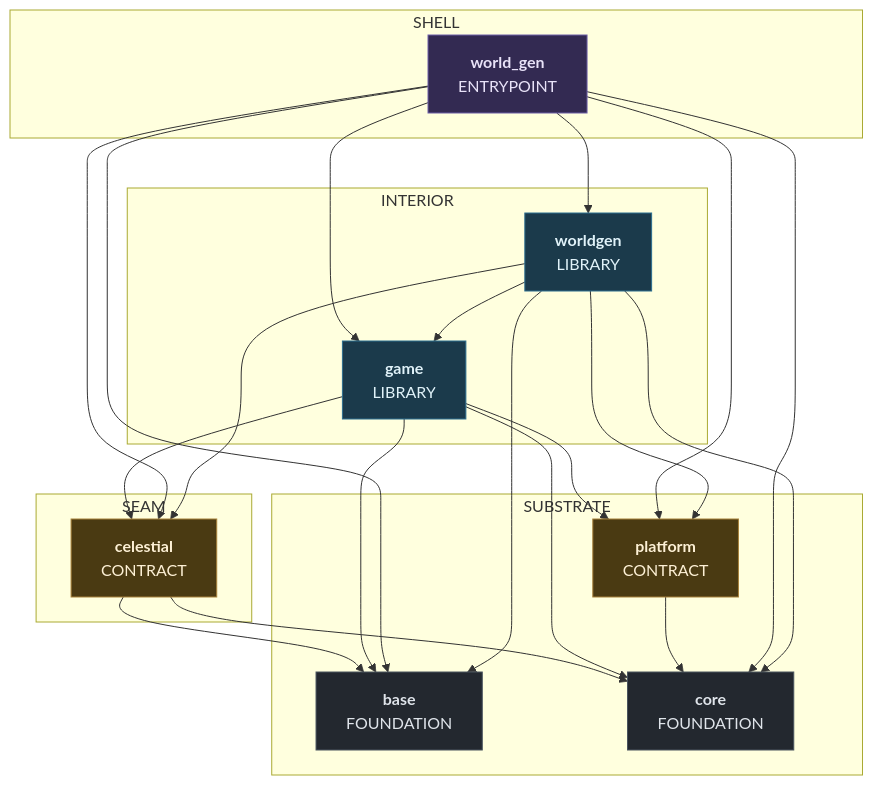
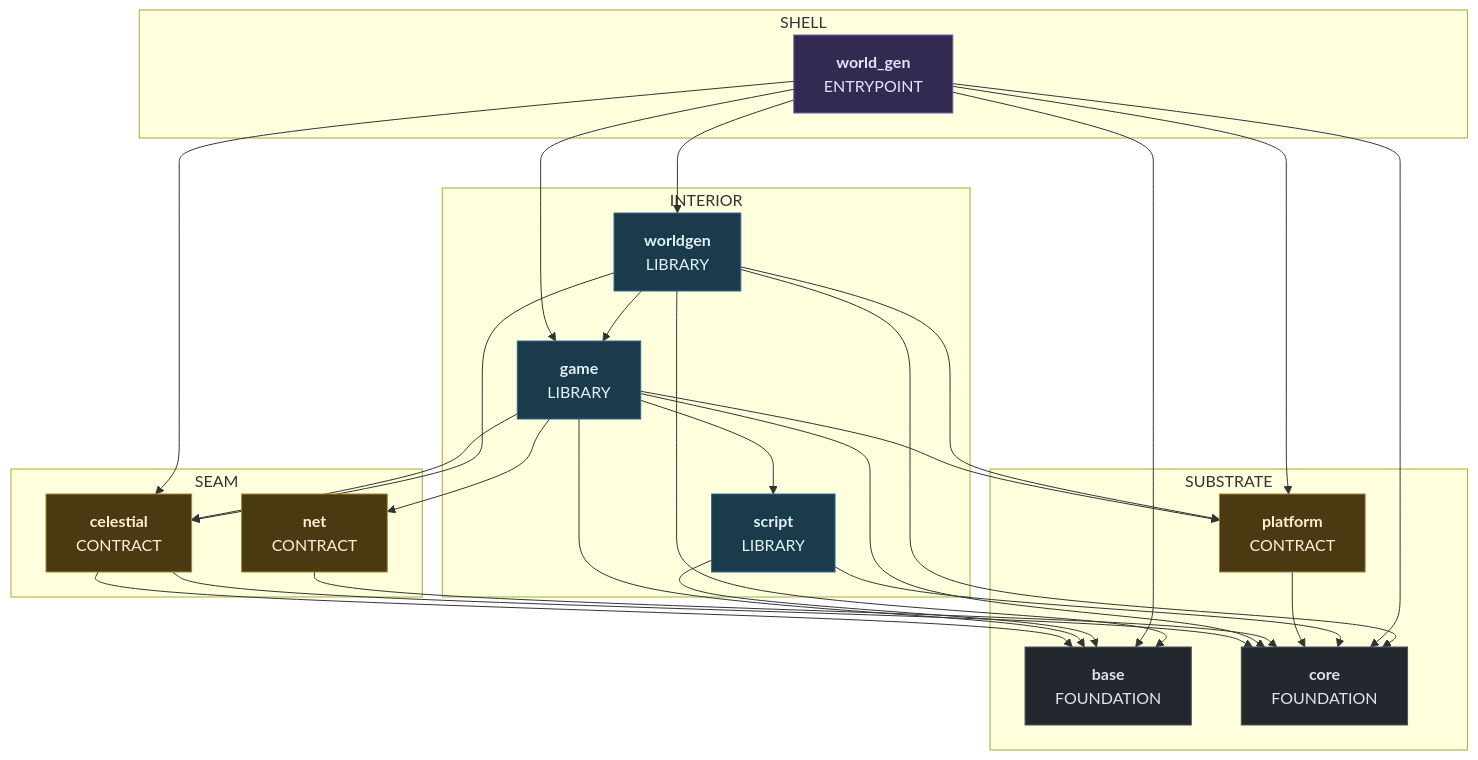
One commit to apnex/OpenStarbound changed the seventh of 10 diagrams in docs/superpowers/specs/2026-08-01-sovereign-headless-client-design.md. Above: the diagram before and after it, drawn with Mermaid. The commit also changed other lines of this file and 2 other files, not shown here.

````diff
--- a/docs/superpowers/specs/2026-08-01-sovereign-headless-client-design.md
+++ b/docs/superpowers/specs/2026-08-01-sovereign-headless-client-design.md
@@ -1889,47 +2006,54 @@
 ```mermaid
 %% composition: world_gen
 flowchart TD
   subgraph Z_SUBSTRATE ["SUBSTRATE"]
     base["<b>base</b><br/>FOUNDATION"]
     core["<b>core</b><br/>FOUNDATION"]
     platform["<b>platform</b><br/>CONTRACT"]
   end
   subgraph Z_SEAM ["SEAM"]
     celestial["<b>celestial</b><br/>CONTRACT"]
+    net["<b>net</b><br/>CONTRACT"]
   end
   subgraph Z_INTERIOR ["INTERIOR"]
     game["<b>game</b><br/>LIBRARY"]
+    script["<b>script</b><br/>LIBRARY"]
     worldgen["<b>worldgen</b><br/>LIBRARY"]
   end
   subgraph Z_SHELL ["SHELL"]
     world_gen["<b>world_gen</b><br/>ENTRYPOINT"]
   end
   celestial --> base
   celestial --> core
   game --> base
   game --> celestial
   game --> core
+  game --> net
   game --> platform
+  game --> script
+  net --> core
   platform --> core
+  script --> base
+  script --> core
   world_gen --> base
   world_gen --> celestial
   world_gen --> core
   world_gen --> game
   world_gen --> platform
   world_gen --> worldgen
   worldgen --> base
   worldgen --> celestial
   worldgen --> core
   worldgen --> game
   worldgen --> platform
   classDef kFoundation fill:#23282f,stroke:#4a545e,color:#dfe4ea
   classDef kContract fill:#4a3a12,stroke:#a8813a,color:#fdf0d5
   classDef kBackend fill:#5c2020,stroke:#aa3333,color:#ffe5e5
   classDef kLibrary fill:#1b3a4b,stroke:#2c6e8f,color:#e0f2f9
   classDef kEntrypoint fill:#332a52,stroke:#6d5fa8,color:#e8e2f8
   classDef kElement fill:#1c1f25,stroke:#6b7482,color:#c2c9d4,stroke-dasharray:4 3
   class base,core kFoundation
-  class celestial,platform kContract
-  class game,worldgen kLibrary
+  class celestial,net,platform kContract
+  class game,script,worldgen kLibrary
   class world_gen kEntrypoint
 ```
````
